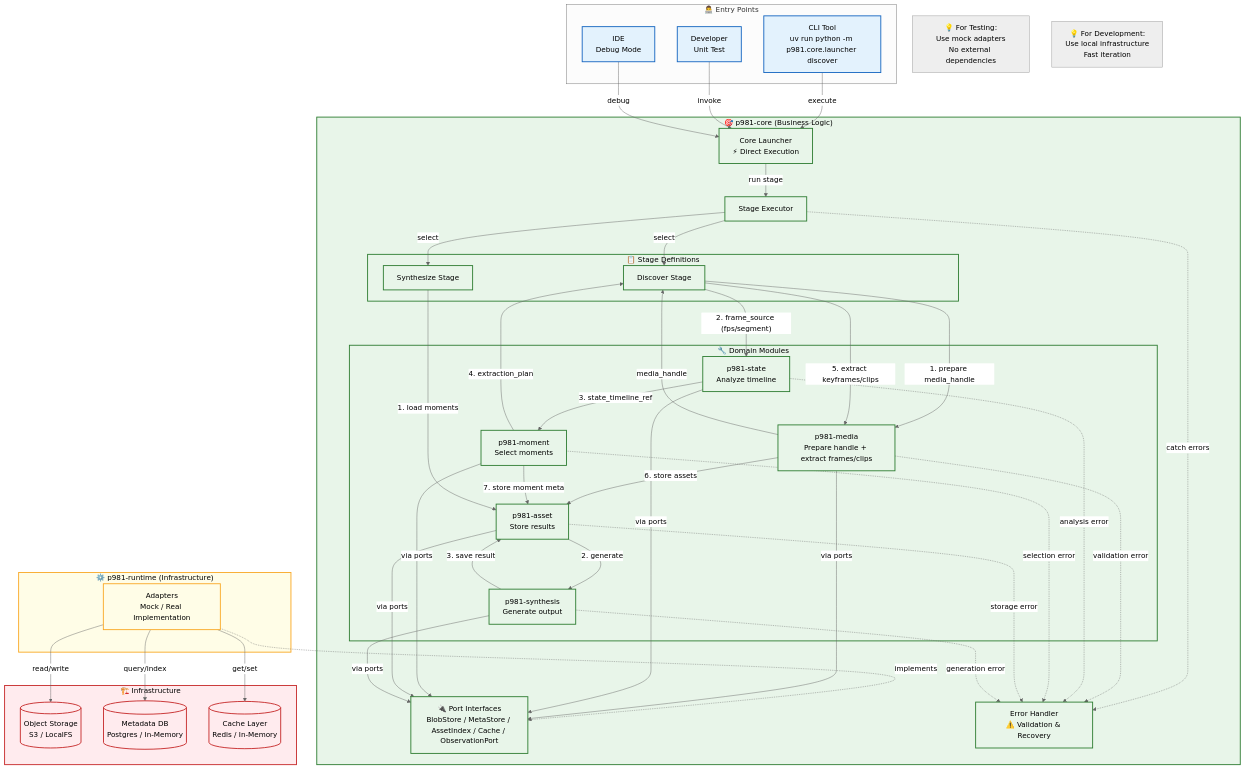
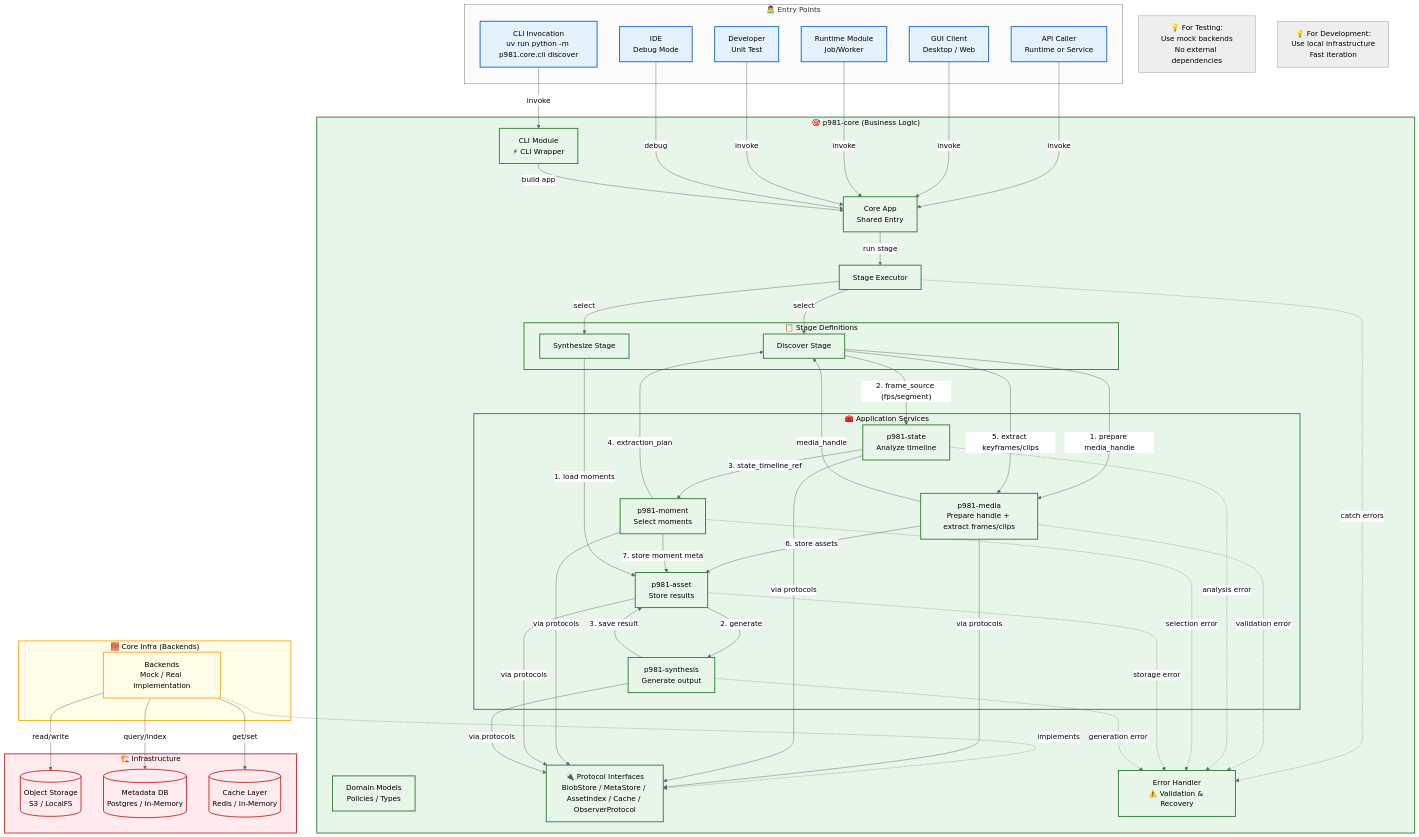
One commit to monolith-hyeonrae/portrait981 changed the diagram in specs/diagrams/core.mmd. Above: the diagram before and after it, drawn with Mermaid (neutral theme). The commit also changed 87 other files, not shown here.

```diff
--- a/specs/diagrams/core.mmd
+++ b/specs/diagrams/core.mmd
@@ -1,96 +1,106 @@
 graph TB
   classDef entry fill:#e3f2fd,stroke:#1565c0,stroke-width:2px,color:#000
   classDef core fill:#e8f5e9,stroke:#2e7d32,stroke-width:2px,color:#000
   classDef runtime fill:#fffde7,stroke:#f9a825,stroke-width:2px,color:#000
   classDef infra fill:#ffebee,stroke:#c62828,stroke-width:2px,color:#000
   
   subgraph ENTRY["👨‍💻 Entry Points"]
-    CLI[CLI Tool<br/>uv run python -m p981.core.launcher discover]
+    CLI[CLI Invocation<br/>uv run python -m p981.core.cli discover]
+    API[API Caller<br/>Runtime or Service]
+    GUI[GUI Client<br/>Desktop / Web]
+    RUNTIME_MOD[Runtime Module<br/>Job/Worker]
     DEV[Developer<br/>Unit Test]
     IDE[IDE<br/>Debug Mode]
   end
   
   subgraph CORE["🎯 p981-core (Business Logic)"]
-    LAUNCH[Core Launcher<br/>⚡ Direct Execution]
+    LAUNCH[CLI Module<br/>⚡ CLI Wrapper]
+    APP[Core App<br/>Shared Entry]
     EXEC[Stage Executor]
     
     subgraph STAGE["📋 Stage Definitions"]
       DISC[Discover Stage]
       SYN[Synthesize Stage]
     end
     
-    subgraph DOMAIN["🔧 Domain Modules"]
+    subgraph SERVICES["🧰 Application Services"]
       MEDIA[p981-media<br/>Prepare handle + extract frames/clips]
       STATE[p981-state<br/>Analyze timeline]
       MOMENT[p981-moment<br/>Select moments]
       ASSET[p981-asset<br/>Store results]
       SYNTH[p981-synthesis<br/>Generate output]
     end
+
+    DOM[Domain Models<br/>Policies / Types]
     
-    PORTS[🔌 Port Interfaces<br/>BlobStore / MetaStore / AssetIndex / Cache / ObservationPort]
+    PROTOCOLS[🔌 Protocol Interfaces<br/>BlobStore / MetaStore / AssetIndex / Cache / ObserverProtocol]
     ERR[Error Handler<br/>⚠️ Validation & Recovery]
   end
   
-  subgraph RUNTIME["⚙️ p981-runtime (Infrastructure)"]
-    ADAPTERS[Adapters<br/>Mock / Real Implementation]
+  subgraph RUNTIME["🧱 Core Infra (Backends)"]
+    BACKENDS[Backends<br/>Mock / Real Implementation]
   end
   
   subgraph INFRA["🏗️ Infrastructure"]
     OBJ[(Object Storage<br/>S3 / LocalFS)]
     META[(Metadata DB<br/>Postgres / In-Memory)]
     CACHE[(Cache Layer<br/>Redis / In-Memory)]
   end
   
   %% Entry → Core
-  CLI -->|execute| LAUNCH
-  DEV -->|invoke| LAUNCH
-  IDE -->|debug| LAUNCH
+  CLI -->|invoke| LAUNCH
+  API -->|invoke| APP
+  GUI -->|invoke| APP
+  RUNTIME_MOD -->|invoke| APP
+  DEV -->|invoke| APP
+  IDE -->|debug| APP
   
   %% Core Execution Flow
-  LAUNCH -->|run stage| EXEC
+  LAUNCH -->|build app| APP
+  APP -->|run stage| EXEC
   EXEC -->|select| DISC
   EXEC -->|select| SYN
   EXEC -.catch errors.-> ERR
   
   %% Discover Stage Flow
   DISC -->|1. prepare media_handle| MEDIA
   MEDIA -->|media_handle| DISC
   DISC -->|"2. frame_source (fps/segment)"| STATE
   STATE -->|3. state_timeline_ref| MOMENT
   MOMENT -->|4. extraction_plan| DISC
   DISC -->|5. extract keyframes/clips| MEDIA
   MEDIA -->|6. store assets| ASSET
   MOMENT -->|7. store moment meta| ASSET
   
   %% Synthesize Stage Flow
   SYN -->|1. load moments| ASSET
   ASSET -->|2. generate| SYNTH
   SYNTH -->|3. save result| ASSET
   
   %% Error Flow
   MEDIA -.validation error.-> ERR
   STATE -.analysis error.-> ERR
   MOMENT -.selection error.-> ERR
   ASSET -.storage error.-> ERR
   SYNTH -.generation error.-> ERR
   
-  %% Port → Adapter → Infrastructure
-  ADAPTERS -.implements.-> PORTS
-  MEDIA -->|via ports| PORTS
-  STATE -->|via ports| PORTS
-  MOMENT -->|via ports| PORTS
-  ASSET -->|via ports| PORTS
-  SYNTH -->|via ports| PORTS
-  
-  ADAPTERS -->|read/write| OBJ
-  ADAPTERS -->|query/index| META
-  ADAPTERS -->|get/set| CACHE
+  %% Protocol → Backend → Infrastructure
+  BACKENDS -.implements.-> PROTOCOLS
+  MEDIA -->|via protocols| PROTOCOLS
+  STATE -->|via protocols| PROTOCOLS
+  MOMENT -->|via protocols| PROTOCOLS
+  ASSET -->|via protocols| PROTOCOLS
+  SYNTH -->|via protocols| PROTOCOLS
+
+  BACKENDS -->|read/write| OBJ
+  BACKENDS -->|query/index| META
+  BACKENDS -->|get/set| CACHE
   
   %% Annotations
-  note1[💡 For Testing:<br/>Use mock adapters<br/>No external dependencies]
+  note1[💡 For Testing:<br/>Use mock backends<br/>No external dependencies]
   note2[💡 For Development:<br/>Use local infrastructure<br/>Fast iteration]
   
-  class CLI,DEV,IDE entry
-  class CORE,LAUNCH,EXEC,STAGE,DISC,SYN,DOMAIN,MEDIA,STATE,MOMENT,ASSET,SYNTH,PORTS,ERR core
-  class RUNTIME,ADAPTERS runtime
+  class CLI,API,GUI,RUNTIME_MOD,DEV,IDE entry
+  class CORE,LAUNCH,APP,EXEC,STAGE,DISC,SYN,SERVICES,MEDIA,STATE,MOMENT,ASSET,SYNTH,PROTOCOLS,DOM,ERR core
+  class RUNTIME,BACKENDS runtime
   class INFRA,OBJ,META,CACHE infra
```
